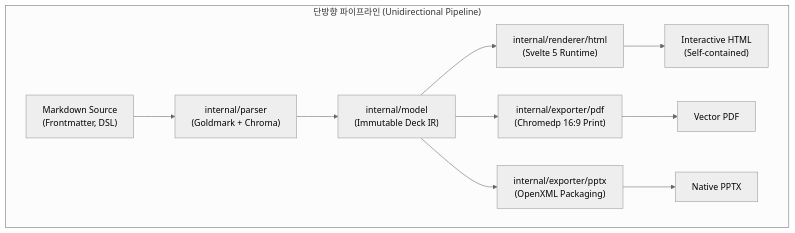
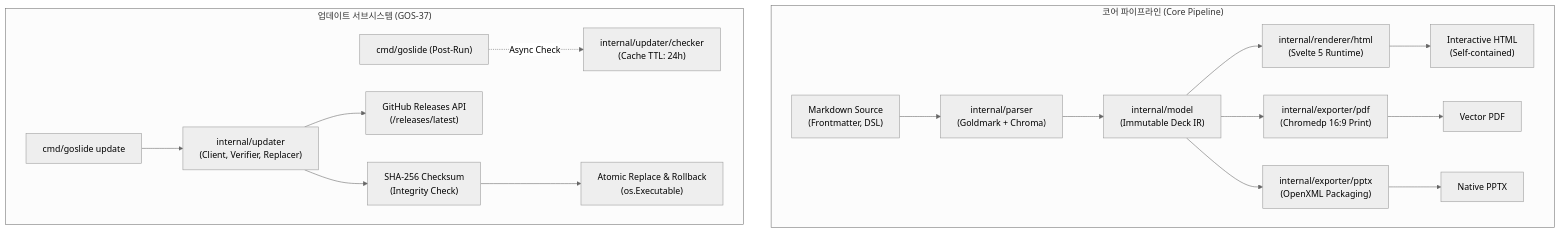
One commit to joincdream/goslide changed the diagram in docs/reports/well_architected_assessment.md. Above: the diagram before and after it, drawn with Mermaid (neutral theme). The commit also changed other lines of this file and 31 other files, not shown here.

First line of the commit message:
feat(updater): implement in-app self-update and background notification (GOS-37)

````diff
--- a/docs/reports/well_architected_assessment.md
+++ b/docs/reports/well_architected_assessment.md
@@ -16,13 +16,21 @@
 ```mermaid
 flowchart TD
-    subgraph Pipeline ["단방향 파이프라인 (Unidirectional Pipeline)"]
+    subgraph CorePipeline ["코어 파이프라인 (Core Pipeline)"]
         Source["Markdown Source\n(Frontmatter, DSL)"] --> Parser["internal/parser\n(Goldmark + Chroma)"]
         Parser --> Model["internal/model\n(Immutable Deck IR)"]
         Model --> Renderer["internal/renderer/html\n(Svelte 5 Runtime)"]
         Renderer --> HTML["Interactive HTML\n(Self-contained)"]
         Model --> PDF["internal/exporter/pdf\n(Chromedp 16:9 Print)"]
         PDF --> PDFOut["Vector PDF"]
         Model --> PPTX["internal/exporter/pptx\n(OpenXML Packaging)"]
         PPTX --> PPTXOut["Native PPTX"]
     end
+
+    subgraph UpdaterPipeline ["업데이트 서브시스템 (GOS-37)"]
+        CLIUpdate["cmd/goslide update"] --> Updater["internal/updater\n(Client, Verifier, Replacer)"]
+        RootPostRun["cmd/goslide (Post-Run)"] -.->|Async Check| Checker["internal/updater/checker\n(Cache TTL: 24h)"]
+        Updater --> GHReleases["GitHub Releases API\n(/releases/latest)"]
+        Updater --> Verifier["SHA-256 Checksum\n(Integrity Check)"]
+        Verifier --> Replacer["Atomic Replace & Rollback\n(os.Executable)"]
+    end
 ```
````
